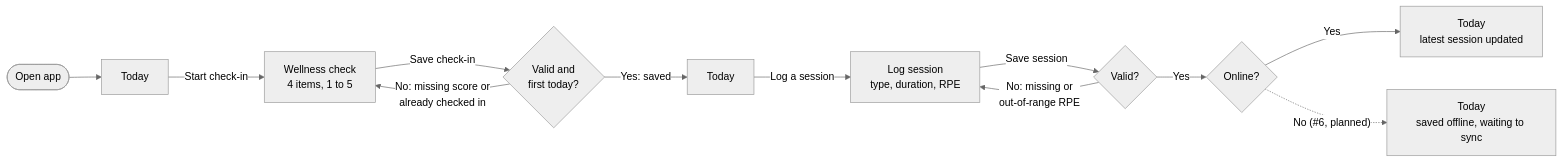
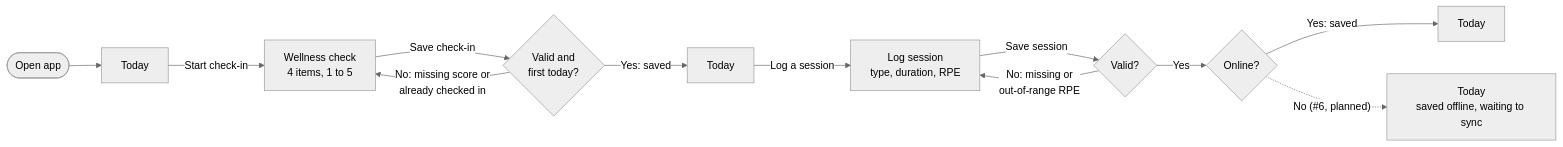
The second of 2 diagrams in docs/design/navigation-map.md (peterbryson/LoadWise), drawn with Mermaid (neutral theme) before and after one commit. The commit also changed other lines of this file and 14 other files, not shown here.

````diff
--- a/docs/design/navigation-map.md
+++ b/docs/design/navigation-map.md
@@ -53,14 +53,14 @@
 ```mermaid
 flowchart LR
   a([Open app]) --> b[Today]
   b -- "Start check-in" --> c[Wellness check<br/>4 items, 1 to 5]
   c -- "Save check-in" --> d{Valid and<br/>first today?}
   d -- "No: missing score or<br/>already checked in" --> c
   d -- "Yes: saved" --> b2[Today]
   b2 -- "Log a session" --> e[Log session<br/>type, duration, RPE]
   e -- "Save session" --> f{Valid?}
   f -- "No: missing or<br/>out-of-range RPE" --> e
   f -- Yes --> g{Online?}
-  g -- Yes --> h[Today<br/>latest session updated]
+  g -- "Yes: saved" --> h[Today]
   g -. "No (#6, planned)" .-> i[Today<br/>saved offline, waiting to sync]
 ```
````
